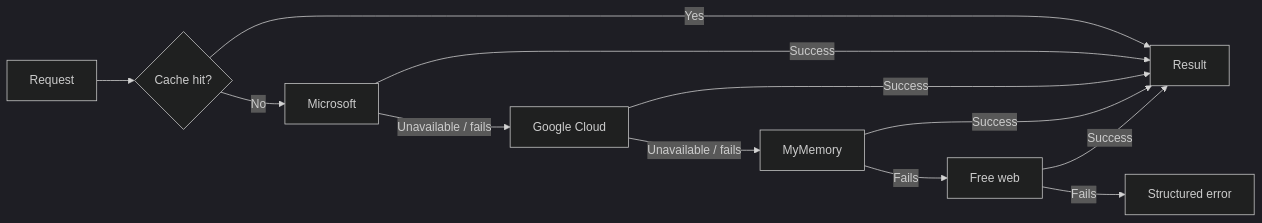
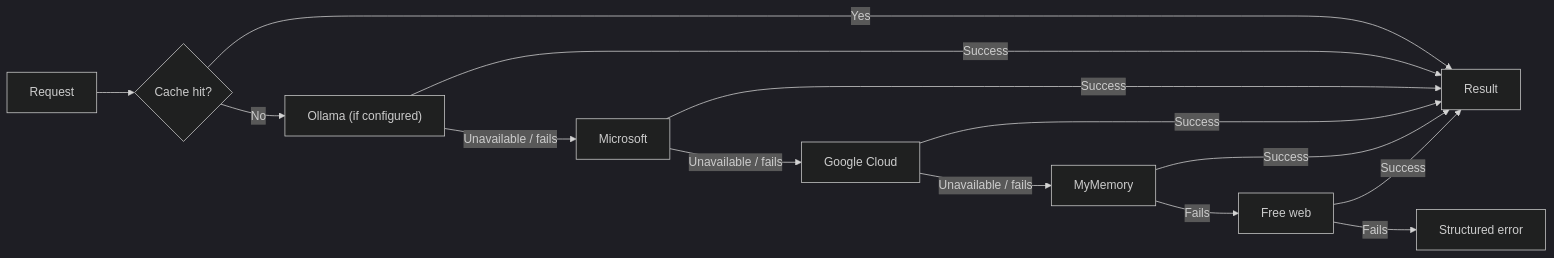
The second of 2 diagrams in README.md (yasmeenmh90-beep/CodeAlpha_LanguageTranslationTool), drawn with Mermaid (dark theme) before and after one commit. The commit also changed other lines of this file, not shown here.

````diff
--- a/README.md
+++ b/README.md
@@ -63,14 +102,16 @@
 ```mermaid
 flowchart LR
     R["Request"] --> C{"Cache hit?"}
     C -->|Yes| O["Result"]
-    C -->|No| M["Microsoft"]
+    C -->|No| L["Ollama (if configured)"]
+    L -->|Unavailable / fails| M["Microsoft"]
+    L -->|Success| O
     M -->|Unavailable / fails| G["Google Cloud"]
     G -->|Unavailable / fails| Y["MyMemory"]
     Y -->|Fails| F["Free web"]
     F -->|Fails| E["Structured error"]
     M -->|Success| O
     G -->|Success| O
     Y -->|Success| O
     F -->|Success| O
 ```
````
